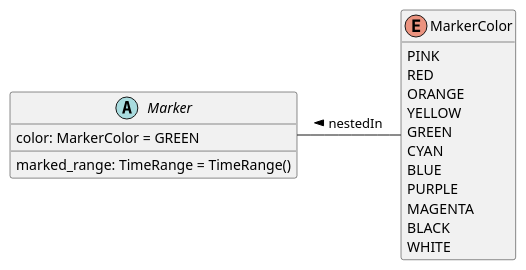
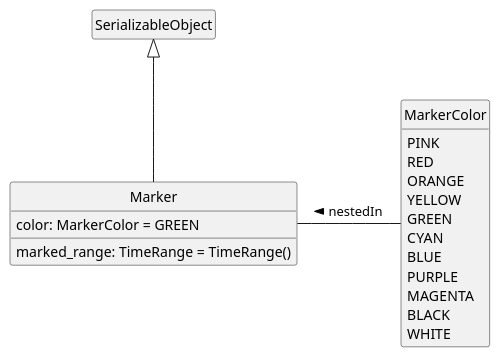
Diagram 16 of 34 in src/main/md/otio-core.md (sandflow/otio-core-specification), drawn with PlantUML before and after one commit. The commit also changed other lines of this file, not shown here.

Commit message:
Improve class diagrams and document conventions (#13)

````diff
--- a/src/main/md/otio-core.md
+++ b/src/main/md/otio-core.md
@@ -811,28 +877,31 @@
 ```puml
 @startuml
 hide empty members
+hide circle
 skinparam classAttributeIconSize 0
 
-abstract class Marker {
+class Marker {
   marked_range: TimeRange = TimeRange()
   color: MarkerColor = GREEN
 }
+
+SerializableObject <|-- Marker
 
 enum MarkerColor {
     PINK
     RED
     ORANGE
     YELLOW
     GREEN
     CYAN
     BLUE
     PURPLE
     MAGENTA
     BLACK
     WHITE
 }
 
 MarkerColor -left- Marker : nestedIn >
 
 @enduml
 ```
````
